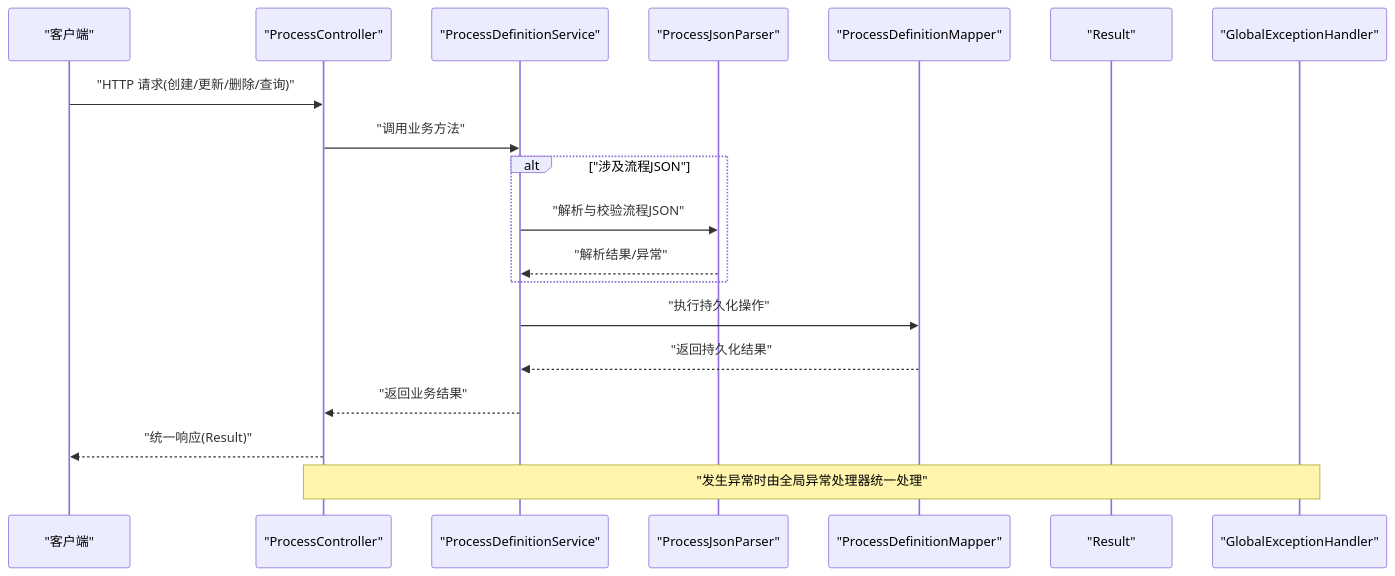
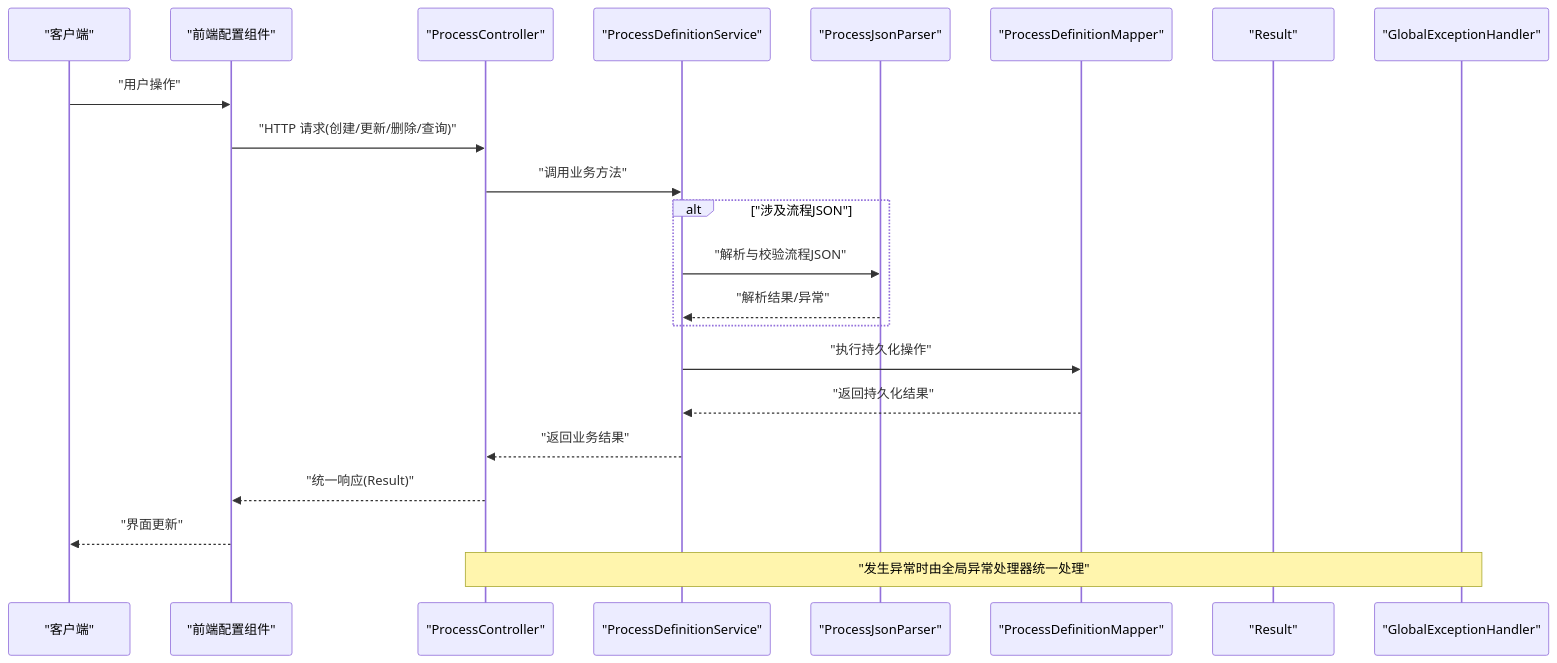
Before and after one commit to liming-lihaini/workflow: the second of 6 diagrams in .qoder/repowiki/zh/content/流程管理/流程定义管理.md, drawn with Mermaid. The commit also changed other lines of this file and 30 other files, not shown here.

````diff
--- a/.qoder/repowiki/zh/content/流程管理/流程定义管理.md
+++ b/.qoder/repowiki/zh/content/流程管理/流程定义管理.md
@@ -98,21 +113,24 @@
 ```mermaid
 sequenceDiagram
 participant C as "客户端"
+participant F as "前端配置组件"
 participant Ctrl as "ProcessController"
 participant Svc as "ProcessDefinitionService"
 participant P as "ProcessJsonParser"
 participant M as "ProcessDefinitionMapper"
 participant R as "Result"
 participant G as "GlobalExceptionHandler"
-C->>Ctrl : "HTTP 请求(创建/更新/删除/查询)"
+C->>F : "用户操作"
+F->>Ctrl : "HTTP 请求(创建/更新/删除/查询)"
 Ctrl->>Svc : "调用业务方法"
 alt "涉及流程JSON"
 Svc->>P : "解析与校验流程JSON"
 P-->>Svc : "解析结果/异常"
 end
 Svc->>M : "执行持久化操作"
 M-->>Svc : "返回持久化结果"
 Svc-->>Ctrl : "返回业务结果"
-Ctrl-->>C : "统一响应(Result)"
+Ctrl-->>F : "统一响应(Result)"
+F-->>C : "界面更新"
 Note over Ctrl,G : "发生异常时由全局异常处理器统一处理"
 ```
````
